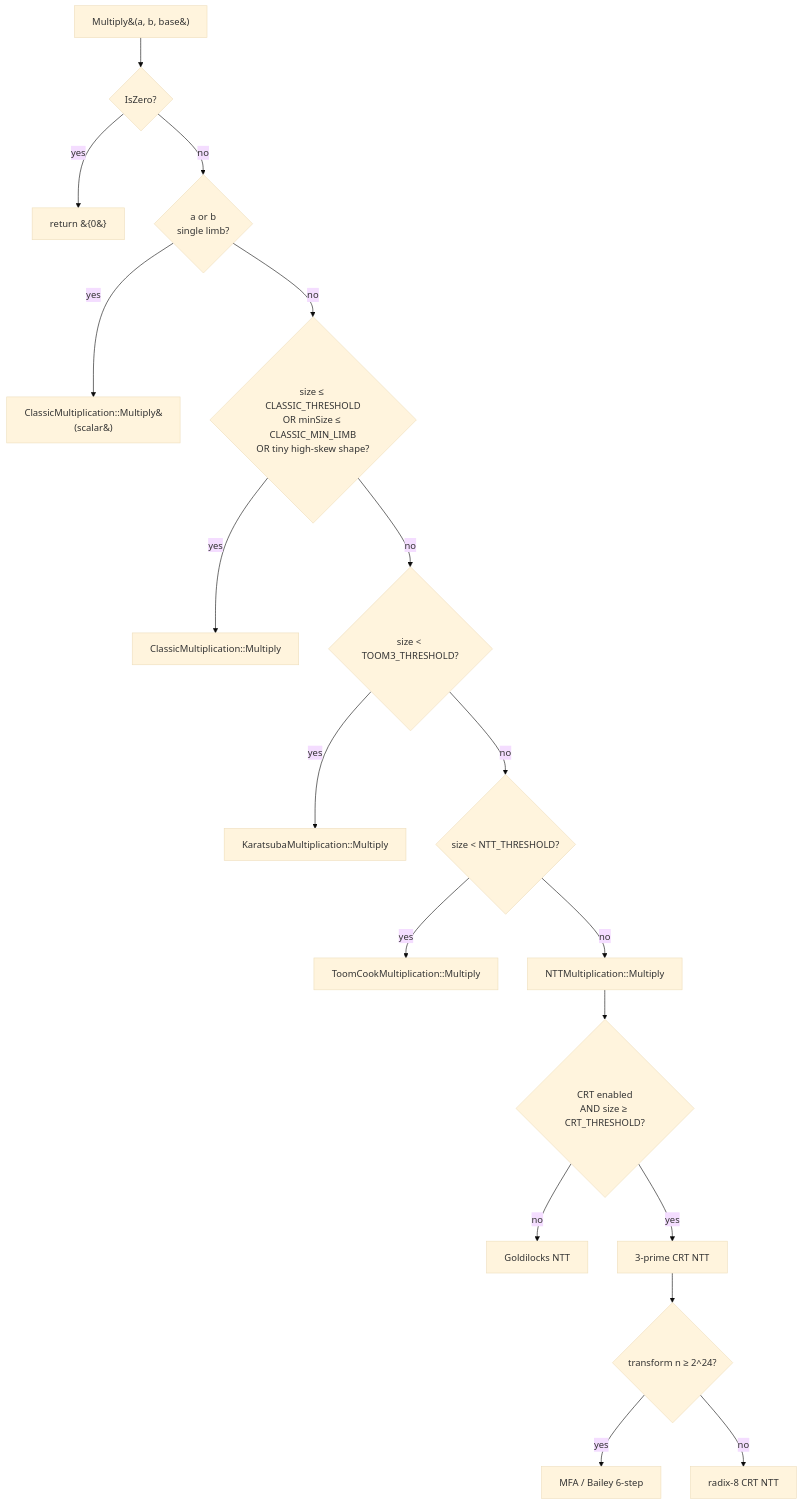
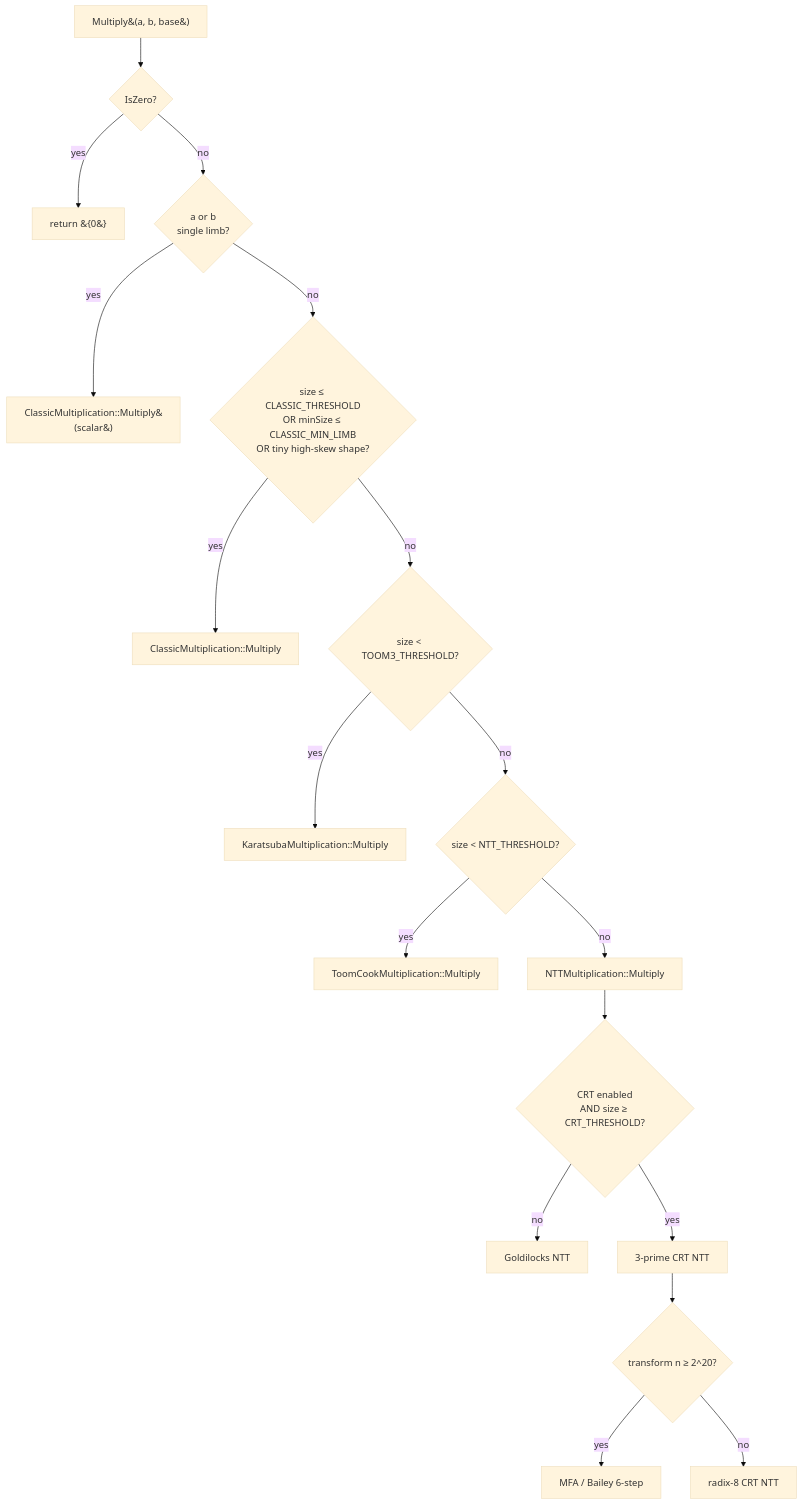
One commit to mmurshed/biginteger changed the first of 2 diagrams in docs/MULTIPLICATION.md. Above: the diagram before and after it, drawn with Mermaid (base theme). The commit also changed other lines of this file and 2 other files, not shown here.

````diff
--- a/docs/MULTIPLICATION.md
+++ b/docs/MULTIPLICATION.md
@@ -68,21 +68,21 @@
 ```mermaid
 flowchart TD
     A[Multiply&#40;a, b, base&#41;] --> B{IsZero?}
     B -- yes --> Z[return &#123;0&#125;]
     B -- no --> C{a or b<br/>single limb?}
     C -- yes --> Sc[ClassicMultiplication::Multiply&#40;scalar&#41;]
     C -- no --> D{size ≤ CLASSIC_THRESHOLD<br/>OR minSize ≤ CLASSIC_MIN_LIMB<br/>OR tiny high-skew shape?}
     D -- yes --> Cl[ClassicMultiplication::Multiply]
     D -- no --> E{size &lt; TOOM3_THRESHOLD?}
     E -- yes --> K[KaratsubaMultiplication::Multiply]
     E -- no --> T{size &lt; NTT_THRESHOLD?}
     T -- yes --> Toom[ToomCookMultiplication::Multiply]
     T -- no --> N[NTTMultiplication::Multiply]
 
     N --> C1{CRT enabled<br/>AND size ≥ CRT_THRESHOLD?}
     C1 -- no --> G[Goldilocks NTT]
     C1 -- yes --> C2[3-prime CRT NTT]
-    C2 --> C3{transform n ≥ 2^24?}
+    C2 --> C3{transform n ≥ 2^20?}
     C3 -- yes --> MFA[MFA / Bailey 6-step]
     C3 -- no --> R8[radix-8 CRT NTT]
 ```
````
